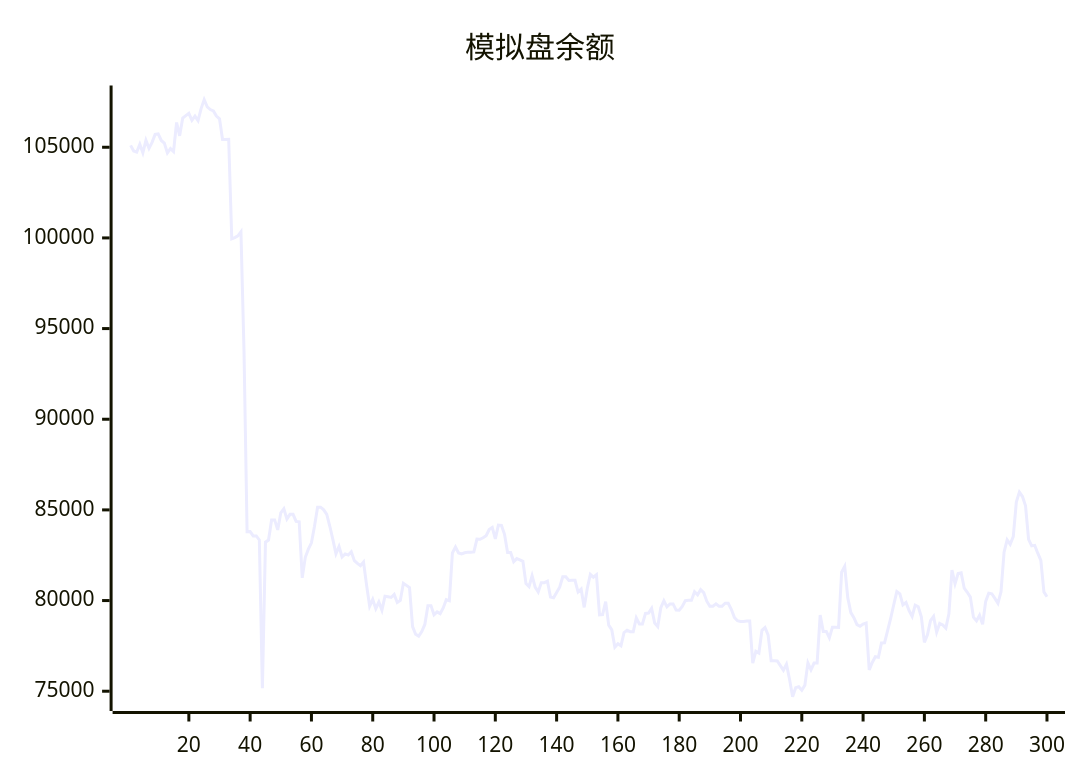
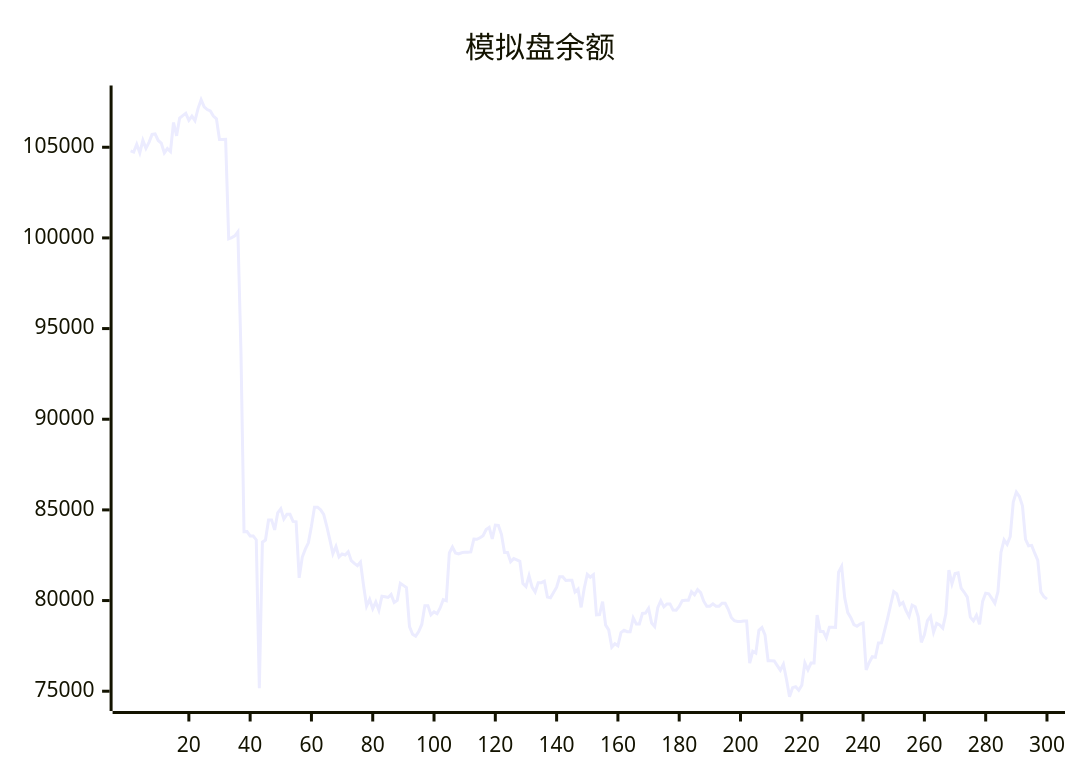
Before and after one commit to aahl/ai-trading: the diagram in README.md, drawn with Mermaid. The commit also changed other lines of this file and 1 other file, not shown here.

````diff
--- a/README.md
+++ b/README.md
@@ -5,5 +5,5 @@
 ```mermaid
 xychart
     title "模拟盘余额"
-    line [105103,104796,104734,105169,104690,105380,104941,105272,105709,105739,105374,105227,104691,104924,104762,106364,105628,106608,106748,106872,106485,106721,106468,107132,107620,107224,107080,107001,106717,106567,105431,105431,105440,99950,100017,100113,100337,93749,83795,83807,83567,83567,83342,75168,83222,83336,84448,84449,83896,84839,85065,84499,84757,84757,84364,84347,81254,82385,82835,83184,84099,85150,85150,85002,84751,84096,83356,82582,82983,82404,82572,82512,82688,82200,82047,81920,82125,80840,79688,80060,79552,79920,79470,80236,80208,80170,80336,79894,80006,80954,80837,80712,78561,78139,78037,78293,78682,79720,79720,79214,79372,79279,79591,80046,79993,82625,82950,82626,82571,82633,82670,82670,82681,83386,83378,83464,83579,83920,84037,83402,84160,84142,83652,82655,82655,82145,82315,82243,82163,80934,80770,81371,80742,80468,80989,80989,81067,80191,80155,80450,80737,81309,81309,81106,81119,81119,80471,80631,79624,80670,81448,81290,81429,79212,79222,79940,78643,78380,77432,77623,77504,78235,78358,78284,78277,79048,78714,78714,79290,79308,79567,78763,78563,79603,79988,79652,79813,79813,79476,79469,79673,79995,80015,80015,80486,80314,80600,80436,79966,79689,79689,79819,79692,79692,79850,79850,79518,79071,78889,78850,78850,78878,78878,76554,77202,77103,78357,78510,78106,76678,76677,76672,76411,76159,76485,75656,74695,75197,75246,75052,75334,76564,76179,76553,76551,79196,78300,78300,77944,78531,78531,78521,81564,81884,80160,79335,79055,78675,78580,78708,78764,76179,76586,76902,76876,77658,77669,78346,79023,79769,80497,80366,79761,79896,79448,79126,79749,79658,79097,77695,78114,78888,79126,78249,78738,78653,78478,79271,81680,80923,81488,81527,80681,80455,80190,79084,78879,79193,78686,79954,80403,80374,80118,79848,80491,82665,83351,83098,83525,85430,85983,85737,85221,83378,83014,83043,82613,82216,80477,80208]
+    line [104796,104734,105169,104690,105380,104941,105272,105709,105739,105374,105227,104691,104924,104762,106364,105628,106608,106748,106872,106485,106721,106468,107132,107620,107224,107080,107001,106717,106567,105431,105431,105440,99950,100017,100113,100337,93749,83795,83807,83567,83567,83342,75168,83222,83336,84448,84449,83896,84839,85065,84499,84757,84757,84364,84347,81254,82385,82835,83184,84099,85150,85150,85002,84751,84096,83356,82582,82983,82404,82572,82512,82688,82200,82047,81920,82125,80840,79688,80060,79552,79920,79470,80236,80208,80170,80336,79894,80006,80954,80837,80712,78561,78139,78037,78293,78682,79720,79720,79214,79372,79279,79591,80046,79993,82625,82950,82626,82571,82633,82670,82670,82681,83386,83378,83464,83579,83920,84037,83402,84160,84142,83652,82655,82655,82145,82315,82243,82163,80934,80770,81371,80742,80468,80989,80989,81067,80191,80155,80450,80737,81309,81309,81106,81119,81119,80471,80631,79624,80670,81448,81290,81429,79212,79222,79940,78643,78380,77432,77623,77504,78235,78358,78284,78277,79048,78714,78714,79290,79308,79567,78763,78563,79603,79988,79652,79813,79813,79476,79469,79673,79995,80015,80015,80486,80314,80600,80436,79966,79689,79689,79819,79692,79692,79850,79850,79518,79071,78889,78850,78850,78878,78878,76554,77202,77103,78357,78510,78106,76678,76677,76672,76411,76159,76485,75656,74695,75197,75246,75052,75334,76564,76179,76553,76551,79196,78300,78300,77944,78531,78531,78521,81564,81884,80160,79335,79055,78675,78580,78708,78764,76179,76586,76902,76876,77658,77669,78346,79023,79769,80497,80366,79761,79896,79448,79126,79749,79658,79097,77695,78114,78888,79126,78249,78738,78653,78478,79271,81680,80923,81488,81527,80681,80455,80190,79084,78879,79193,78686,79954,80403,80374,80118,79848,80491,82665,83351,83098,83525,85430,85983,85737,85221,83378,83014,83043,82613,82216,80477,80208,80081]
 ```
````
